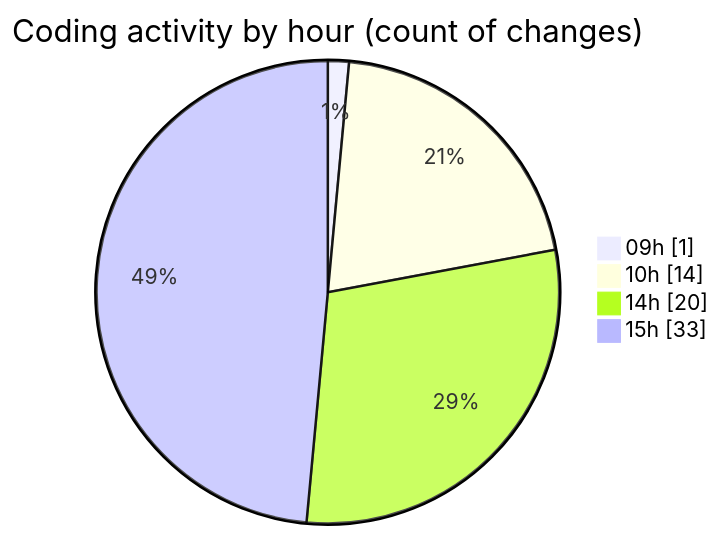
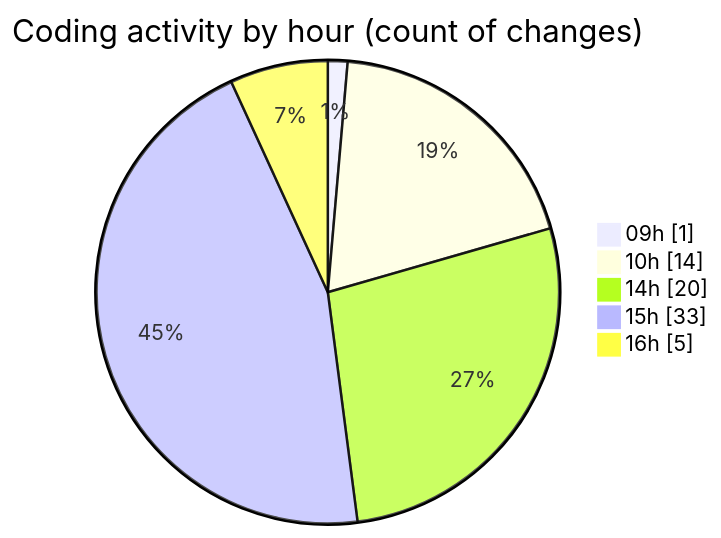
The second of 2 diagrams in 2025-11-13/cda/README.md (momahboobian/code-tracking), drawn with Mermaid before and after one commit. The commit also changed other lines of this file and 1 other file, not shown here.

````diff
--- a/2025-11-13/cda/README.md
+++ b/2025-11-13/cda/README.md
@@ -43,8 +43,9 @@
 ```mermaid
 pie showData
 title Coding activity by hour (count of changes)
 "09h" : 1
 "10h" : 14
 "14h" : 20
 "15h" : 33
+"16h" : 5
 ```
````
